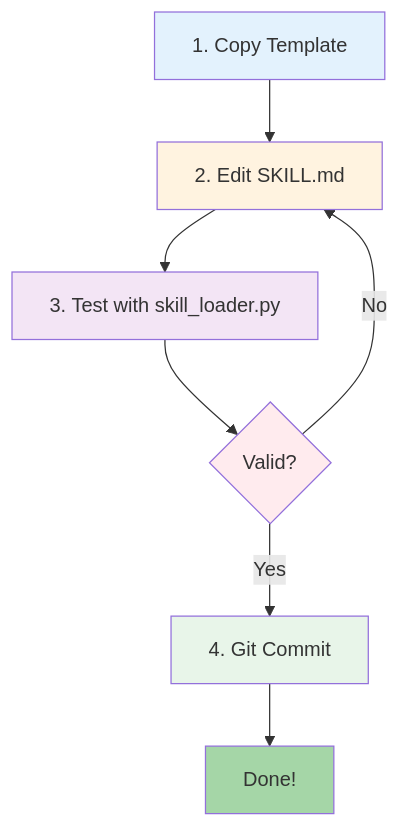
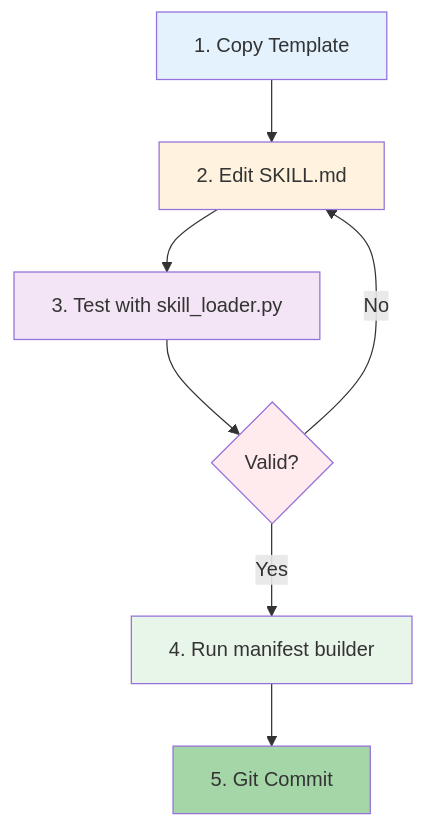
Before and after one commit to supercent-io/skills-template: the fifth of 6 diagrams in README.md, drawn with Mermaid. The commit also changed other lines of this file and 7 other files, not shown here.

````diff
--- a/README.md
+++ b/README.md
@@ -232,16 +186,16 @@
 ```mermaid
 flowchart TD
     A["1. Copy Template"] --> B["2. Edit SKILL.md"]
     B --> C["3. Test with skill_loader.py"]
     C --> D{"Valid?"}
-    D -->|Yes| E["4. Git Commit"]
+    D -->|Yes| E["4. Run manifest builder"]
     D -->|No| B
-    E --> F["Done!"]
+    E --> F["5. Git Commit"]
 
     style A fill:#e3f2fd
     style B fill:#fff3e0
     style C fill:#f3e5f5
     style D fill:#ffebee
     style E fill:#e8f5e9
     style F fill:#a5d6a7
 ```
````
